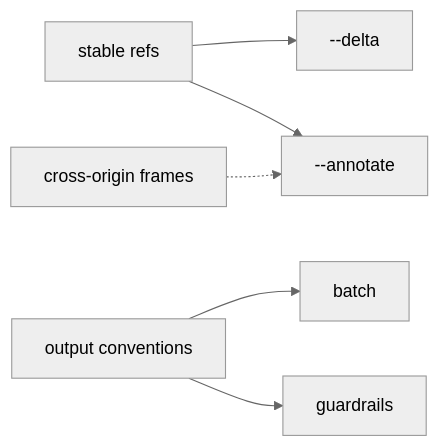
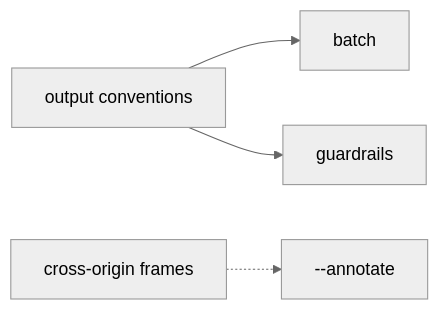
The diagram in docs/proposals/agent-browser-parity/README.md (ThilinaTLM/browser-valet), drawn with Mermaid (neutral theme) before and after one commit. The commit also changed other lines of this file and 13 other files, not shown here.

````diff
--- a/docs/proposals/agent-browser-parity/README.md
+++ b/docs/proposals/agent-browser-parity/README.md
@@ -34,8 +33,6 @@
 ```mermaid
 flowchart LR
-  SD[stable refs] --> DL[--delta]
-  SD --> AN[--annotate]
   OC[output conventions] --> B[batch]
   OC --> G[guardrails]
-  XF[cross-origin frames] -.-> AN
+  XF[cross-origin frames] -.-> AN[--annotate]
 ```
````
